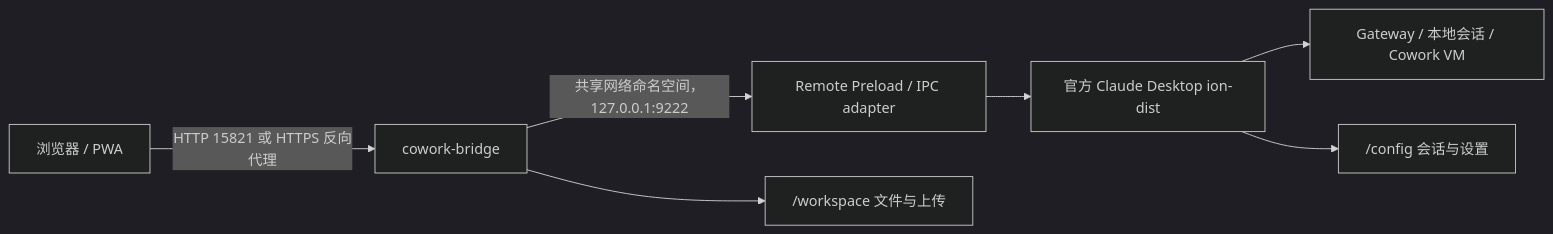
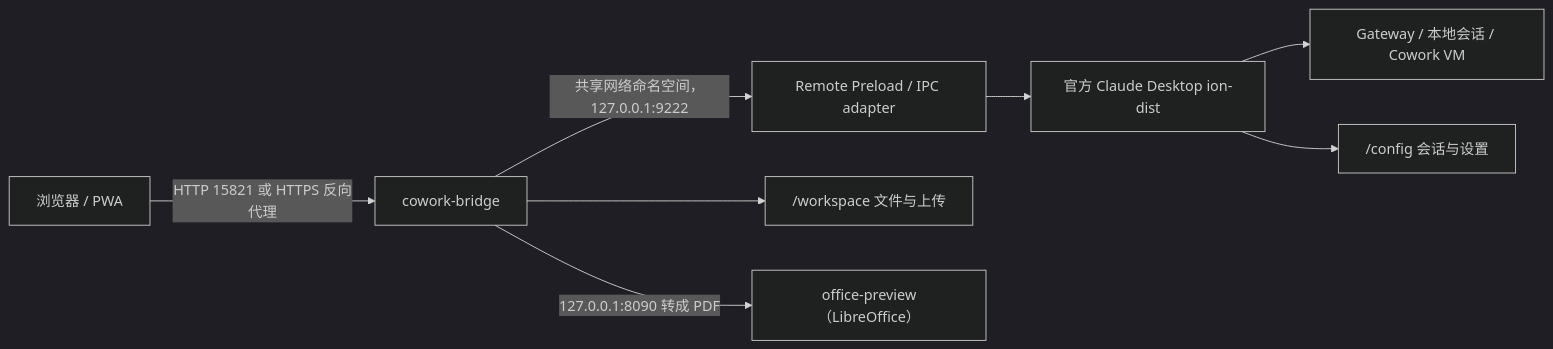
Before and after one commit to not-nullptr/Claudesk: the diagram in README.md, drawn with Mermaid (dark theme). The commit also changed other lines of this file and 15 other files, not shown here.

First line of the commit message:
Preview: render Office and PDF files in the browser

````diff
--- a/README.md
+++ b/README.md
@@ -34,9 +34,10 @@
 ```mermaid
 flowchart LR
   B["浏览器 / PWA"] -->|HTTP 15821 或 HTTPS 反向代理| W["cowork-bridge"]
   W -->|共享网络命名空间，127.0.0.1:9222| A["Remote Preload / IPC adapter"]
   A --> D["官方 Claude Desktop ion-dist"]
   D --> G["Gateway / 本地会话 / Cowork VM"]
   D --> C["/config 会话与设置"]
   W --> X["/workspace 文件与上传"]
+  W -->|127.0.0.1:8090 转成 PDF| O["office-preview（LibreOffice）"]
 ```
````
